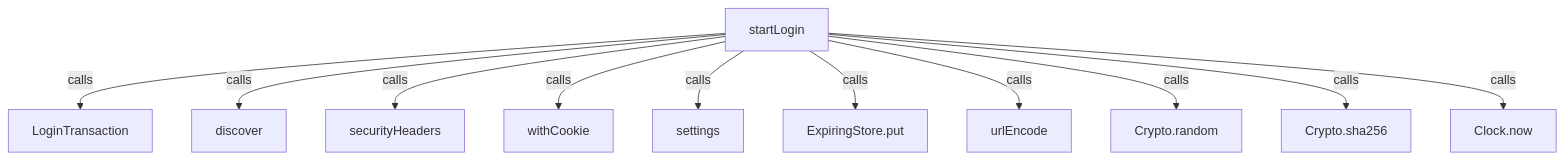
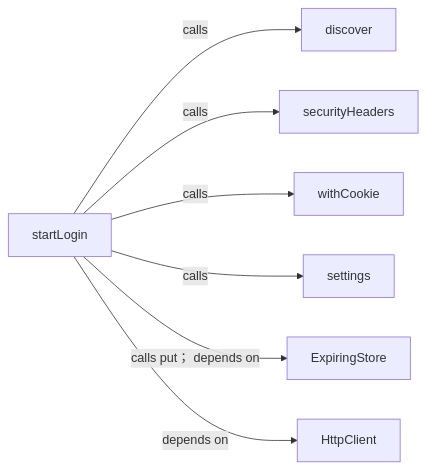
Before and after one commit to GreenPandaStudios/augscript: the fourth of 13 diagrams in docs/examples/oidc-login/client/login-diagrams.md, drawn with Mermaid. The commit also changed other lines of this file and 304 other files, not shown here.

Commit message:
Make generated data-flow sequences concise and review every diagram

````diff
--- a/docs/examples/oidc-login/client/login-diagrams.md
+++ b/docs/examples/oidc-login/client/login-diagrams.md
@@ -113,24 +72,16 @@
 ```mermaid
-flowchart TD
-    n0["LoginTransaction"]
-    n1["startLogin"]
-    n2["discover"]
-    n3["securityHeaders"]
-    n4["withCookie"]
-    n5["settings"]
-    n6["ExpiringStore.put"]
-    n7["urlEncode"]
-    n8["Crypto.random"]
-    n9["Crypto.sha256"]
-    n10["Clock.now"]
-    n1 -->|"calls"| n0
-    n1 -->|"calls"| n2
-    n1 -->|"calls"| n3
-    n1 -->|"calls"| n4
-    n1 -->|"calls"| n5
-    n1 -->|"calls"| n6
-    n1 -->|"calls"| n7
-    n1 -->|"calls"| n8
-    n1 -->|"calls"| n9
-    n1 -->|"calls"| n10
+flowchart LR
+    n0["startLogin"]
+    n1["discover"]
+    n2["securityHeaders"]
+    n3["withCookie"]
+    n4["settings"]
+    n5["ExpiringStore"]
+    n6["HttpClient"]
+    n0 -->|"calls"| n1
+    n0 -->|"calls"| n2
+    n0 -->|"calls"| n3
+    n0 -->|"calls"| n4
+    n0 -->|"calls put； depends on"| n5
+    n0 -->|"depends on"| n6
 ```
````
